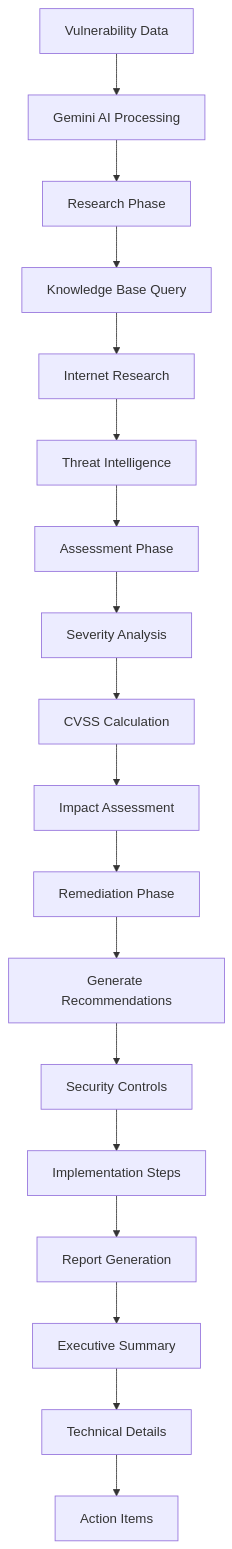
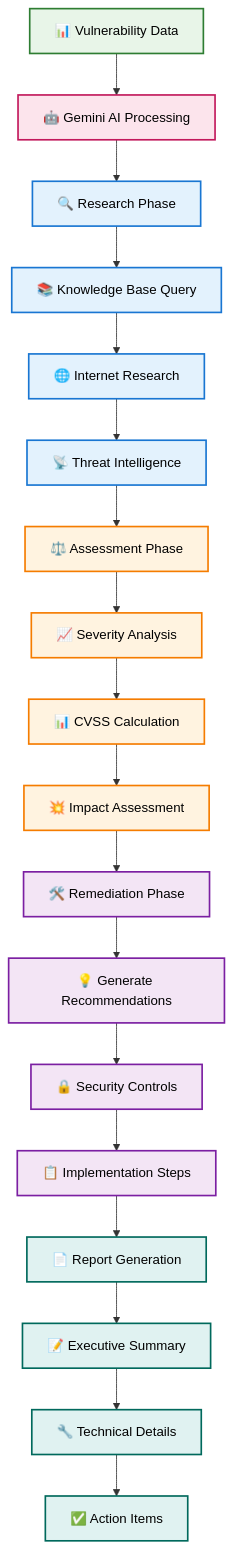
One commit to Hassan-asim/Cyber-Sage changed the fifth of 8 diagrams in README.md. Above: the diagram before and after it, drawn with Mermaid. The commit also changed other lines of this file, not shown here.

Commit message:
Enhance Mermaid diagrams: Add professional styling, emojis, colors, and improved visual design

````diff
--- a/README.md
+++ b/README.md
@@ -247,23 +309,38 @@
 ```mermaid
 graph TD
-    A[Vulnerability Data] --> B[Gemini AI Processing]
-    B --> C[Research Phase]
-    C --> D[Knowledge Base Query]
-    D --> E[Internet Research]
-    E --> F[Threat Intelligence]
+    A["📊 Vulnerability Data"] --> B["🤖 Gemini AI Processing"]
+    B --> C["🔍 Research Phase"]
+    C --> D["📚 Knowledge Base Query"]
+    D --> E["🌐 Internet Research"]
+    E --> F["📡 Threat Intelligence"]
     
-    F --> G[Assessment Phase]
-    G --> H[Severity Analysis]
-    H --> I[CVSS Calculation]
-    I --> J[Impact Assessment]
+    F --> G["⚖️ Assessment Phase"]
+    G --> H["📈 Severity Analysis"]
+    H --> I["📊 CVSS Calculation"]
+    I --> J["💥 Impact Assessment"]
     
-    J --> K[Remediation Phase]
-    K --> L[Generate Recommendations]
-    L --> M[Security Controls]
-    M --> N[Implementation Steps]
+    J --> K["🛠️ Remediation Phase"]
+    K --> L["💡 Generate Recommendations"]
+    L --> M["🔒 Security Controls"]
+    M --> N["📋 Implementation Steps"]
     
-    N --> O[Report Generation]
-    O --> P[Executive Summary]
-    P --> Q[Technical Details]
-    Q --> R[Action Items]
+    N --> O["📄 Report Generation"]
+    O --> P["📝 Executive Summary"]
+    P --> Q["🔧 Technical Details"]
+    Q --> R["✅ Action Items"]
+    
+    %% Styling
+    classDef input fill:#e8f5e8,stroke:#2e7d32,stroke-width:2px,color:#000
+    classDef ai fill:#fce4ec,stroke:#c2185b,stroke-width:2px,color:#000
+    classDef research fill:#e3f2fd,stroke:#1976d2,stroke-width:2px,color:#000
+    classDef assessment fill:#fff3e0,stroke:#f57c00,stroke-width:2px,color:#000
+    classDef remediation fill:#f3e5f5,stroke:#7b1fa2,stroke-width:2px,color:#000
+    classDef output fill:#e0f2f1,stroke:#00695c,stroke-width:2px,color:#000
+    
+    class A input
+    class B ai
+    class C,D,E,F research
+    class G,H,I,J assessment
+    class K,L,M,N remediation
+    class O,P,Q,R output
 ```
````
